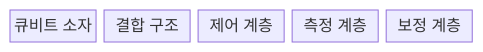
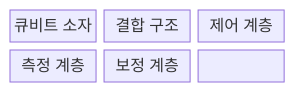
The first of 2 diagrams in src/content/docs/notes/02-hardware/072_quantum_computing_qubit.md (agnusdei1207/knowledge-base), drawn with Mermaid before and after one commit. The commit also changed other lines of this file and 86 other files, not shown here.

````diff
--- a/src/content/docs/notes/02-hardware/072_quantum_computing_qubit.md
+++ b/src/content/docs/notes/02-hardware/072_quantum_computing_qubit.md
@@ -71,9 +71,11 @@
 ```mermaid
-block
-  columns 5
+block-beta
+  columns 3
   A["큐비트 소자"]
   B["결합 구조"]
   C["제어 계층"]
   D["측정 계층"]
   E["보정 계층"]
+  C --- A --- B
+  B --- D --- E
 ```
````
